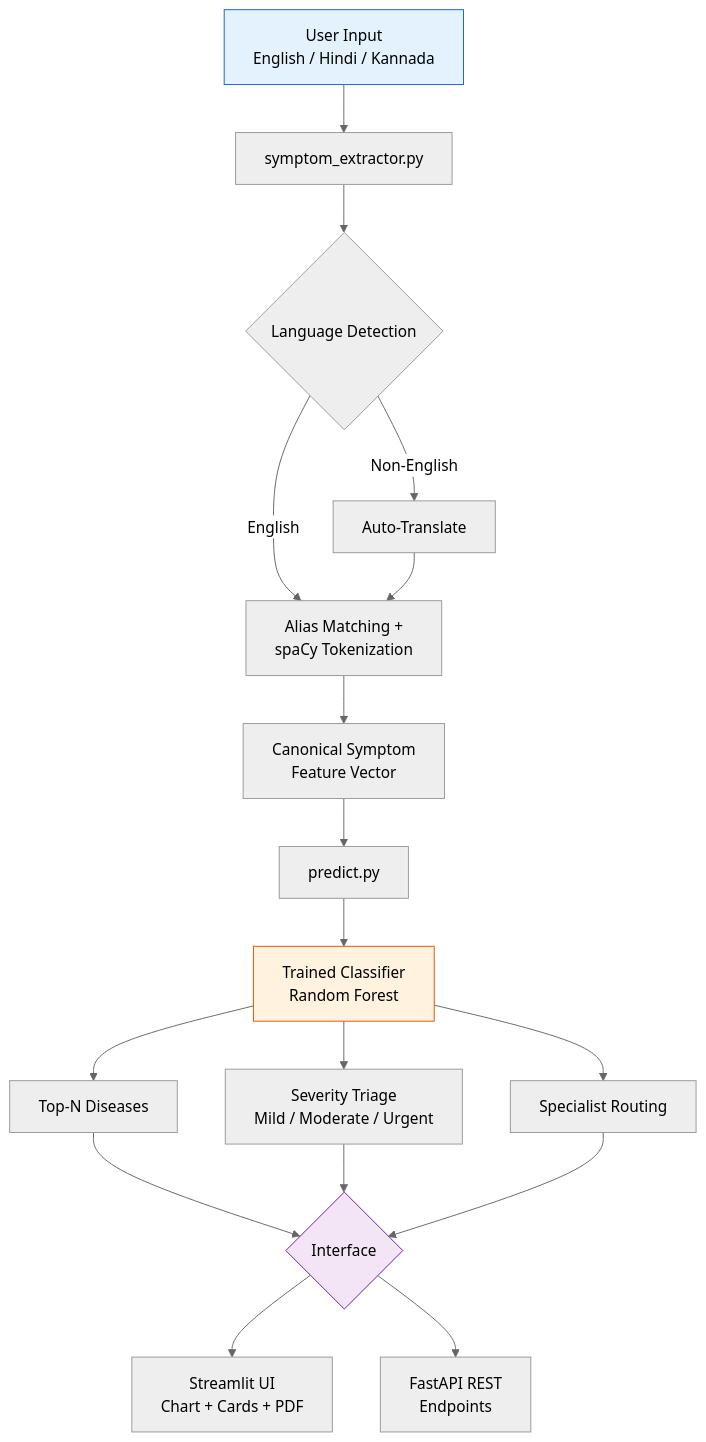
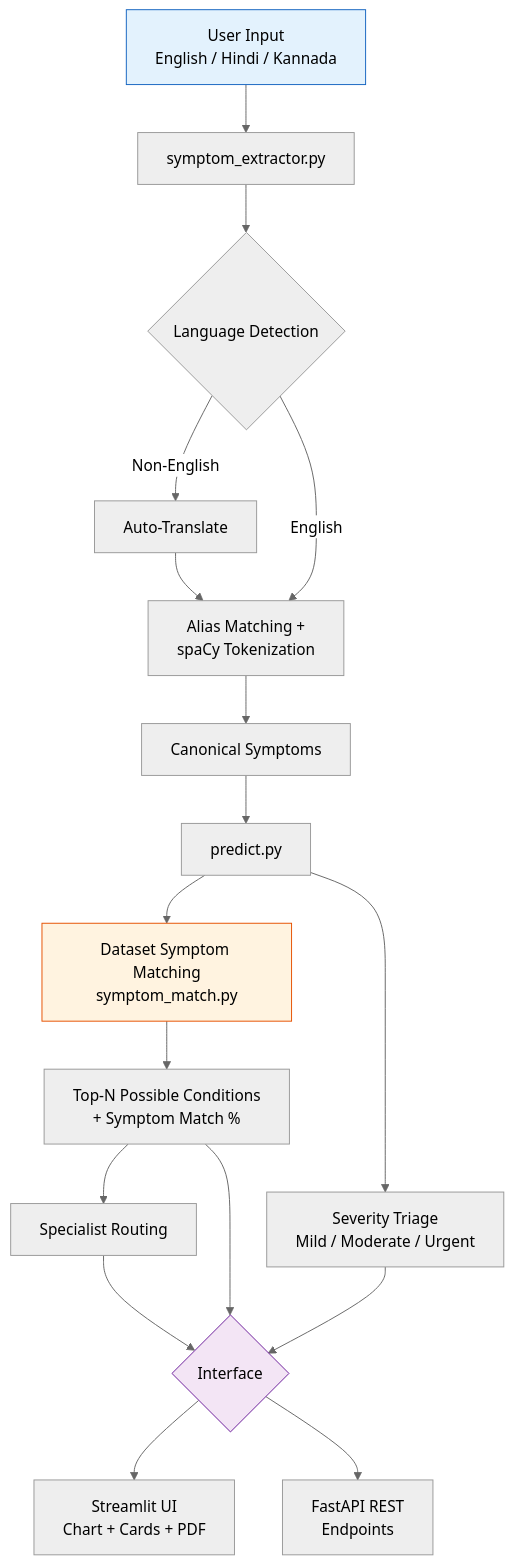
One commit to saniasagheer05/Medicheck changed the diagram in README.md. Above: the diagram before and after it, drawn with Mermaid (neutral theme). The commit also changed other lines of this file, not shown here.

````diff
--- a/README.md
+++ b/README.md
@@ -57,21 +64,21 @@
 ```mermaid
 flowchart TD
     A[User Input<br/>English / Hindi / Kannada] --> B[symptom_extractor.py]
     B --> C{Language Detection}
     C -->|Non-English| D[Auto-Translate]
     C -->|English| E[Alias Matching +<br/>spaCy Tokenization]
     D --> E
-    E --> F[Canonical Symptom<br/>Feature Vector]
+    E --> F[Canonical Symptoms]
     F --> G[predict.py]
-    G --> H[Trained Classifier<br/>Random Forest]
-    H --> I[Top-N Diseases]
-    H --> J[Severity Triage<br/>Mild / Moderate / Urgent]
-    H --> K[Specialist Routing]
+    G --> H[Dataset Symptom Matching<br/>symptom_match.py]
+    G --> J[Severity Triage<br/>Mild / Moderate / Urgent]
+    H --> I[Top-N Possible Conditions<br/>+ Symptom Match %]
+    I --> K[Specialist Routing]
     I & J & K --> L{Interface}
     L --> M[Streamlit UI<br/>Chart + Cards + PDF]
     L --> N[FastAPI REST<br/>Endpoints]
 
     style A fill:#e3f2fd,stroke:#1565c0
     style H fill:#fff3e0,stroke:#e65100
     style L fill:#f3e5f5,stroke:#6a1b9a
 ```
````
